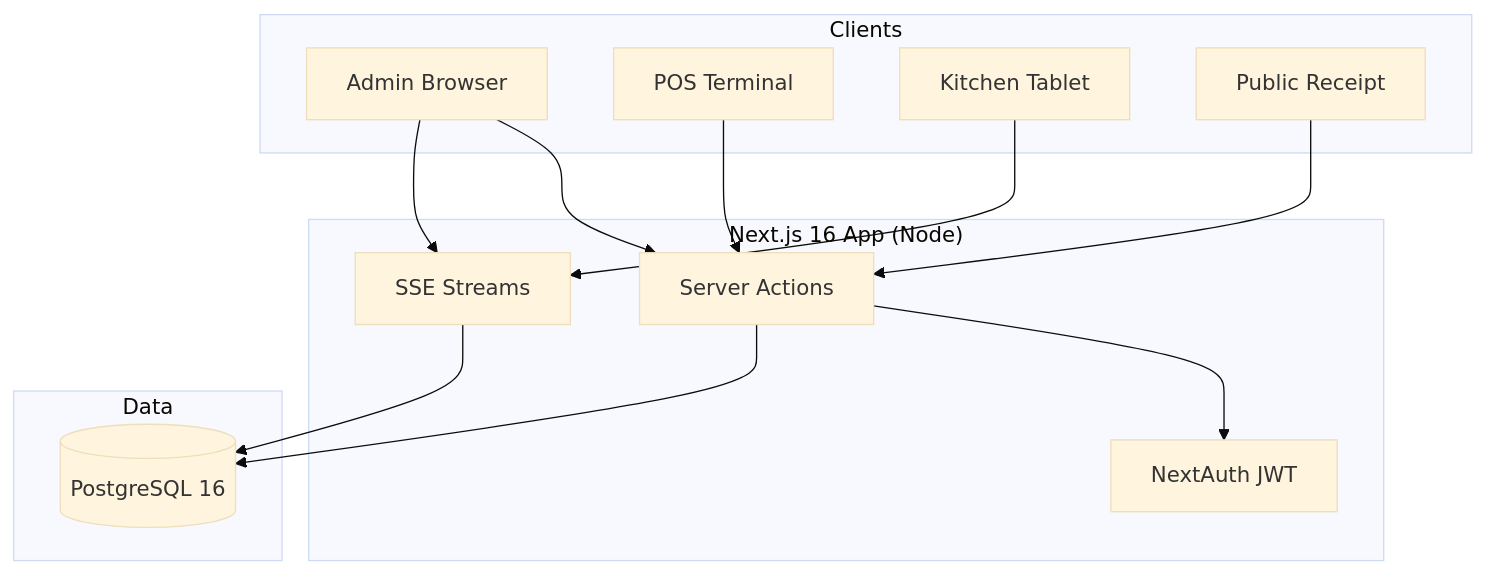
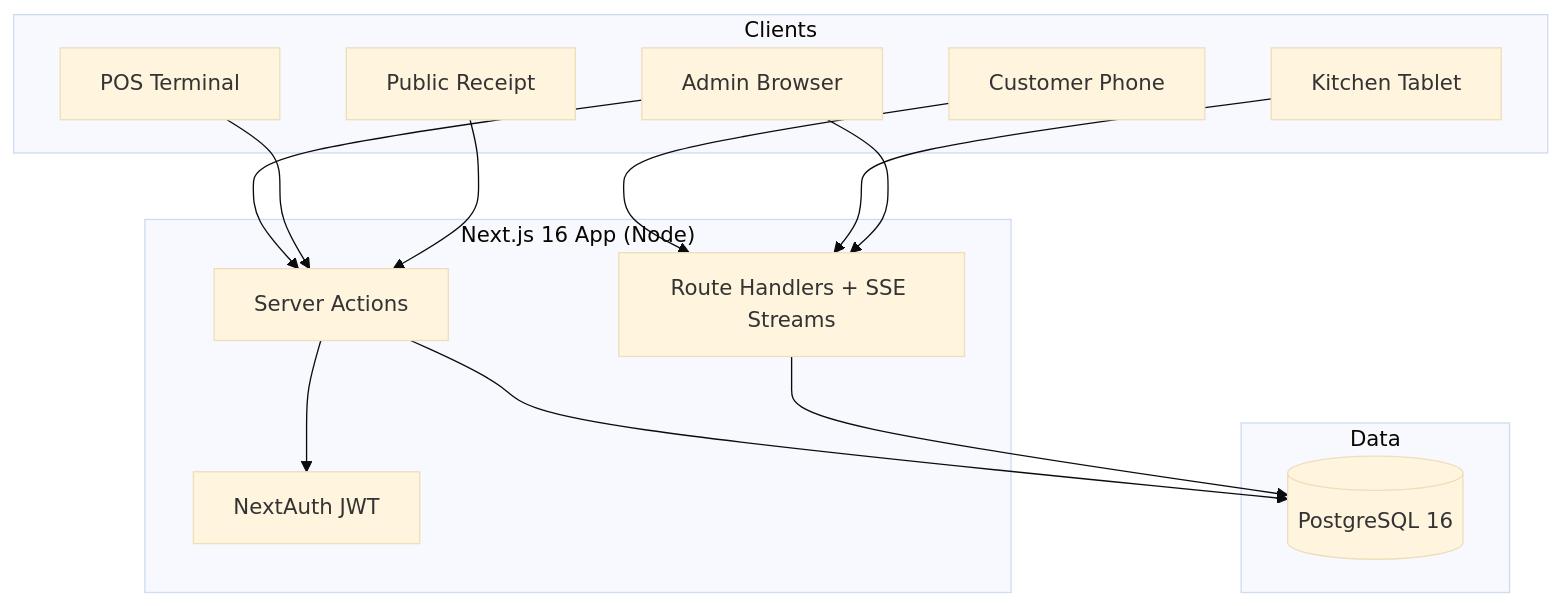
Before and after one commit to rudraagor/cafe_pos_deploy: the first of 2 diagrams in README.md, drawn with Mermaid (base theme). The commit also changed other lines of this file and 75 other files, not shown here.

Commit message:
added customer qr code flow

````diff
--- a/README.md
+++ b/README.md
@@ -86,28 +94,30 @@
 ```mermaid
 flowchart TB
   subgraph Clients
     A[Admin Browser]
     P[POS Terminal]
     K[Kitchen Tablet]
+    Q[Customer Phone]
     R[Public Receipt]
   end
 
   subgraph App["Next.js 16 App (Node)"]
     SA[Server Actions]
-    API[SSE Streams]
+    API[Route Handlers + SSE Streams]
     AUTH[NextAuth JWT]
   end
 
   subgraph Data
     PG[(PostgreSQL 16)]
   end
 
   A --> SA
   P --> SA
+  Q --> API
   K --> API
   A --> API
   R --> SA
   SA --> AUTH
   SA --> PG
   API --> PG
 ```
````
